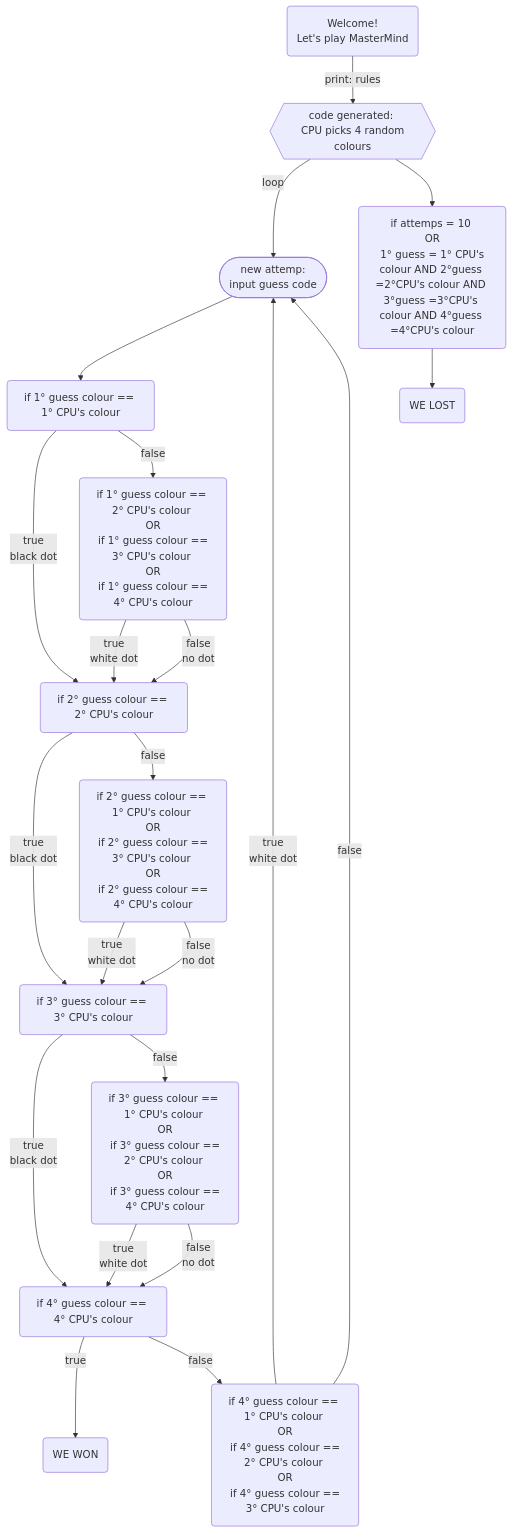
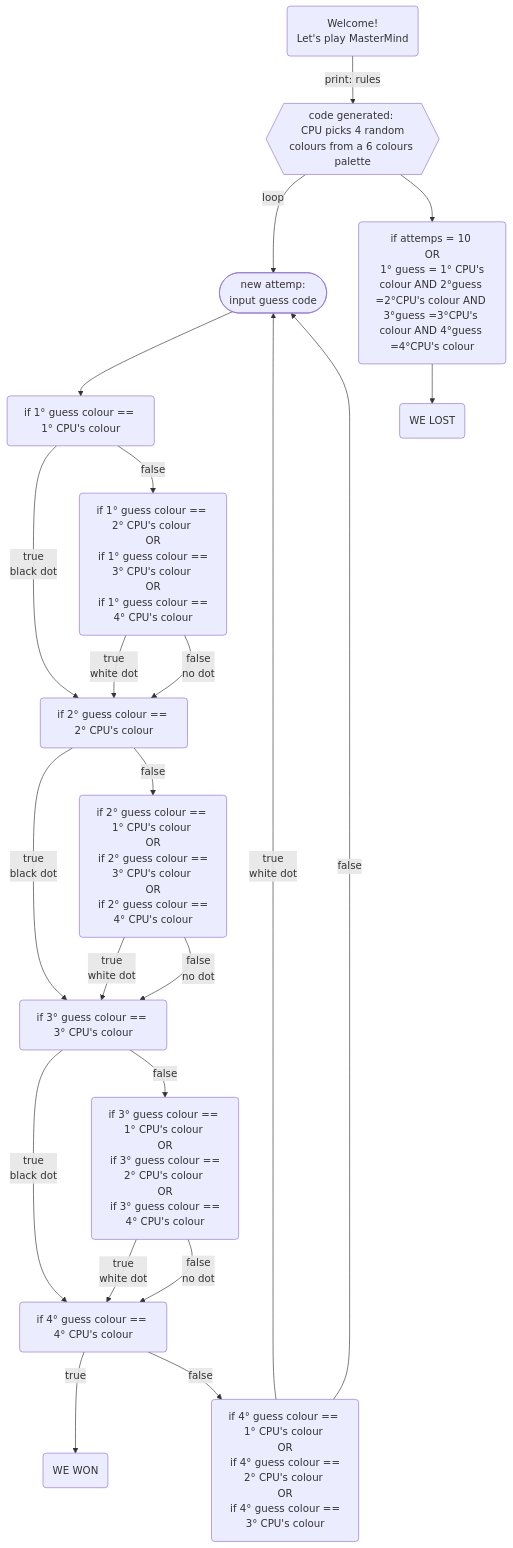
Before and after one commit to allisontimossi/dev1_2024: the diagram in esercizi/60-MasterMind/readme.md, drawn with Mermaid. The commit also changed other lines of this file, not shown here.

Commit message:
created game's Mermaid

````diff
--- a/esercizi/60-MasterMind/readme.md
+++ b/esercizi/60-MasterMind/readme.md
@@ -19,22 +19,22 @@
 ```mermaid
 flowchart TD
-    A(Welcome! \n Let's play MasterMind) -->|print: rules| B{{code generated: \n CPU picks 4 random colours}}
+    A(Welcome! \n Let's play MasterMind) -->|print: rules| B{{code generated: \n CPU picks 4 random colours from a 6 colours palette}}
     B --loop--> C([new attemp: \n input guess code])
     C --> D(if 1° guess colour == 1° CPU's colour)
     D --true \n black dot--> E(if 2° guess colour == 2° CPU's colour)    
         D --false--> J(if 1° guess colour == 2° CPU's colour \n OR \n if 1° guess colour == 3° CPU's colour \n OR \n if 1° guess colour == 4° CPU's colour)--true \n white dot--> E
         J --false \n no dot--> E
     
     E --true \n black dot--> F(if 3° guess colour == 3° CPU's colour)
         E --false--> L(if 2° guess colour == 1° CPU's colour \n OR \n if 2° guess colour == 3° CPU's colour \n OR \n if 2° guess colour == 4° CPU's colour)--true \n white dot -->F
         L--false \n no dot-->F
         F --true \n black dot--> G(if 4° guess colour == 4° CPU's colour)
     
     F --false-->N(if 3° guess colour == 1° CPU's colour \n OR \n if 3° guess colour == 2° CPU's colour \n OR \n if 3° guess colour == 4° CPU's colour)--true \n white dot-->G
     N--false \n no dot-->G
     G --true--> H(WE WON)
     G--false-->O(if 4° guess colour == 1° CPU's colour \n OR \n if 4° guess colour == 2° CPU's colour \n OR \n if 4° guess colour == 3° CPU's colour)--true \n white dot -->C
     O--false-->C
 
 B-->P(if attemps = 10 \n OR \n 1° guess = 1° CPU's colour AND 2°guess =2°CPU's colour AND 3°guess =3°CPU's colour AND 4°guess =4°CPU's colour)-->Q(WE LOST)
 ```
````
